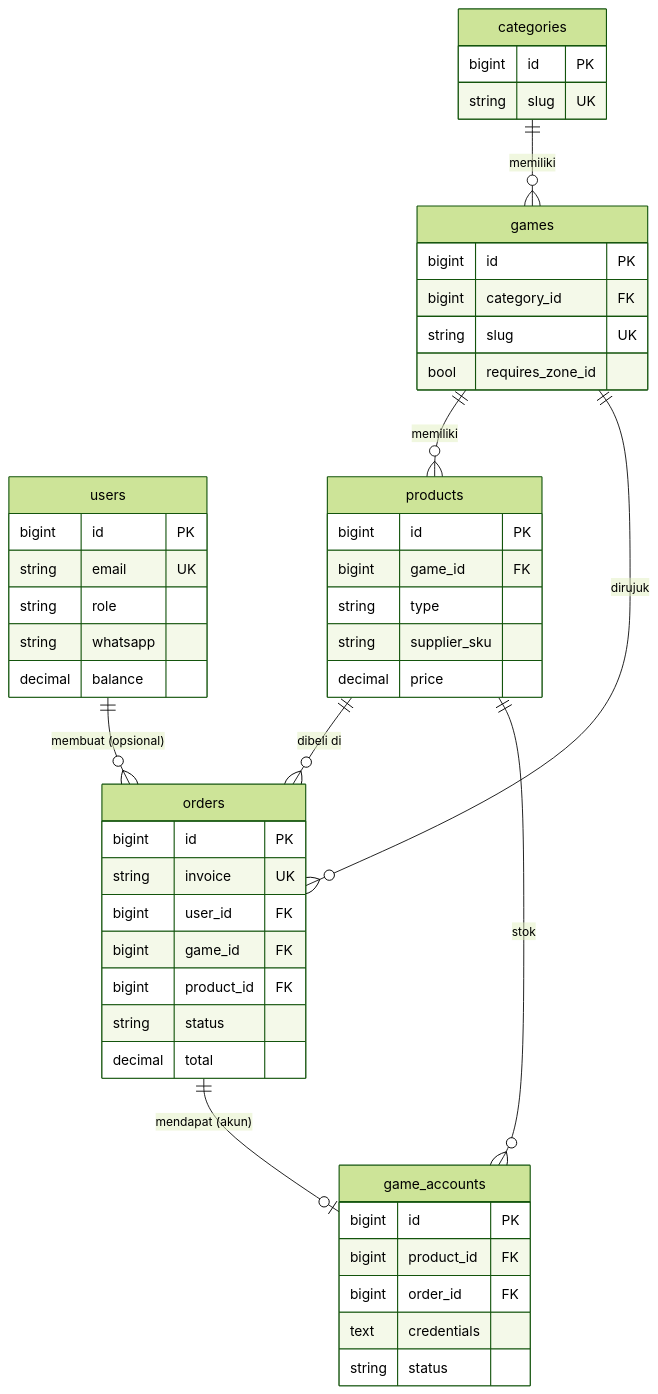
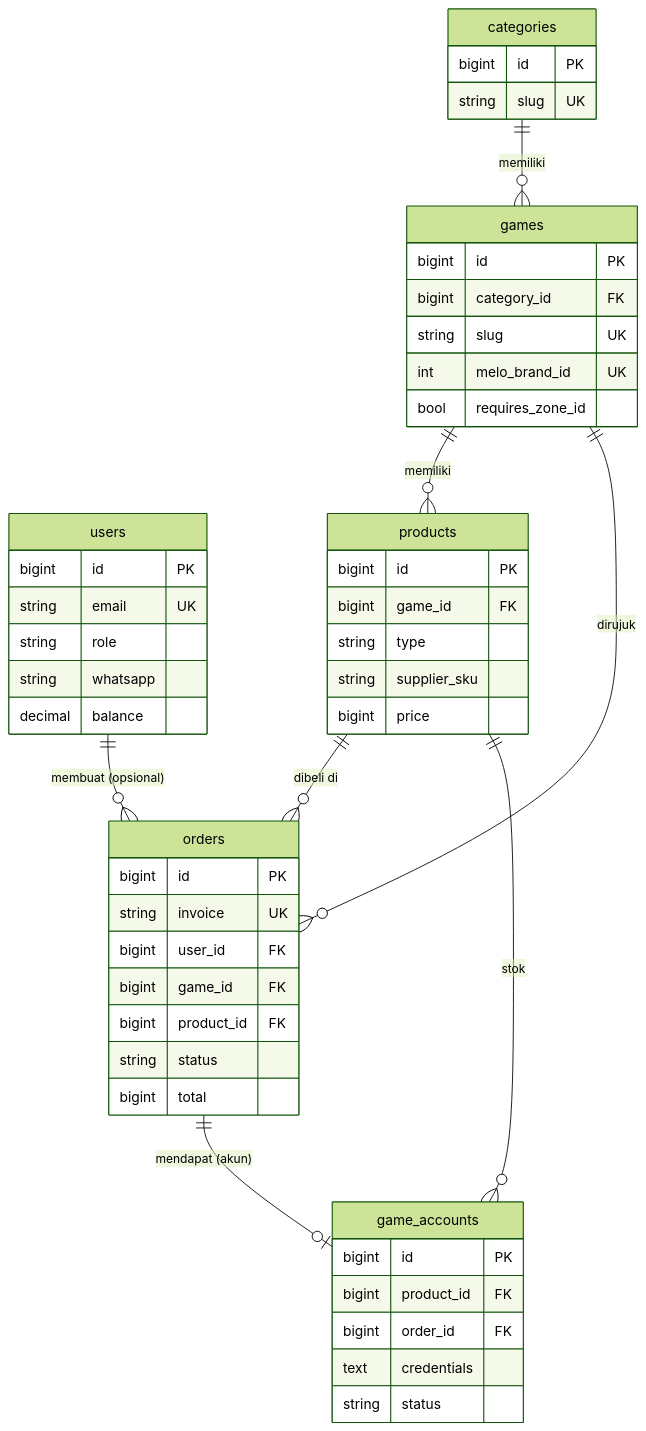
One commit to ilhamfajarandika/zeth-market changed the diagram in docs/DATABASE_DESIGN.md. Above: the diagram before and after it, drawn with Mermaid (forest theme). The commit also changed other lines of this file and 35 other files, not shown here.

````diff
--- a/docs/DATABASE_DESIGN.md
+++ b/docs/DATABASE_DESIGN.md
@@ -26,39 +26,40 @@
 ```mermaid
 erDiagram
     users ||--o{ orders : "membuat (opsional)"
     categories ||--o{ games : memiliki
     games ||--o{ products : memiliki
     games ||--o{ orders : "dirujuk"
     products ||--o{ orders : "dibeli di"
     products ||--o{ game_accounts : "stok"
     orders ||--o| game_accounts : "mendapat (akun)"
 
     users { bigint id PK
         string email UK
         string role
         string whatsapp
         decimal balance }
     categories { bigint id PK
         string slug UK }
     games { bigint id PK
         bigint category_id FK
         string slug UK
+        int melo_brand_id UK
         bool requires_zone_id }
     products { bigint id PK
         bigint game_id FK
         string type
         string supplier_sku
-        decimal price }
+        bigint price }
     orders { bigint id PK
         string invoice UK
         bigint user_id FK
         bigint game_id FK
         bigint product_id FK
         string status
-        decimal total }
+        bigint total }
     game_accounts { bigint id PK
         bigint product_id FK
         bigint order_id FK
         text credentials
         string status }
 ```
````
